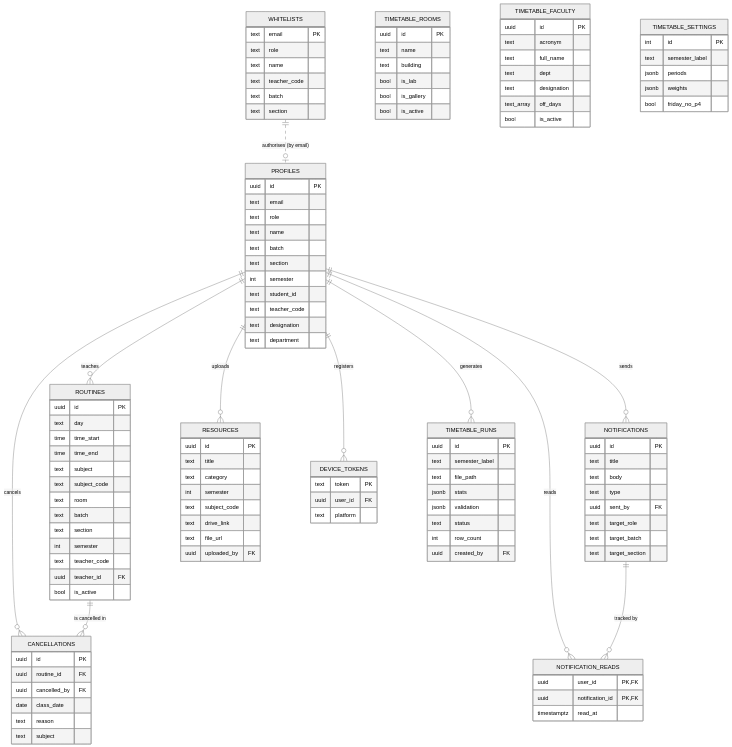
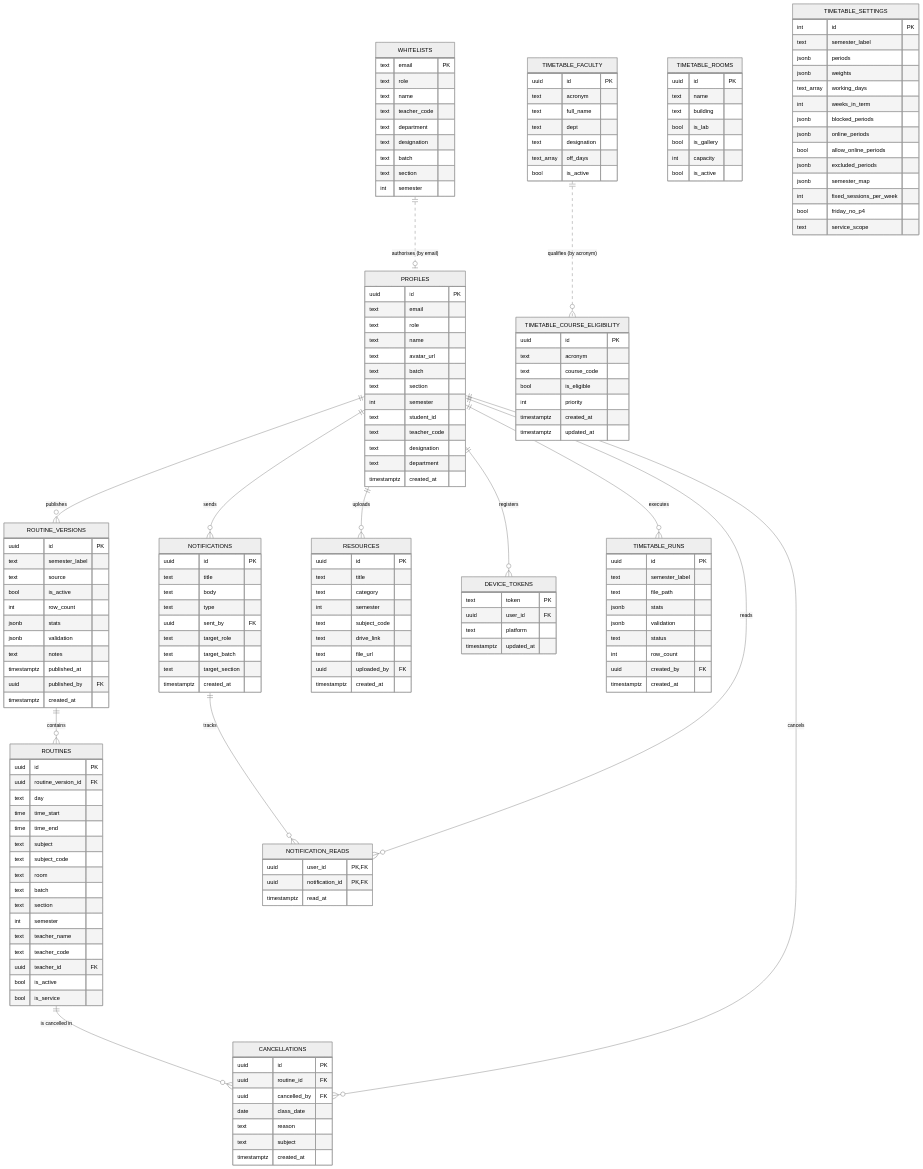
The diagram in docs/diagrams/01-er-diagram.md (FahmidAlam/UniVerse), drawn with Mermaid (neutral theme) before and after one commit. The commit also changed other lines of this file and 59 other files, not shown here.

````diff
--- a/docs/diagrams/01-er-diagram.md
+++ b/docs/diagrams/01-er-diagram.md
@@ -214,39 +214,63 @@
 ```mermaid
 erDiagram
-    PROFILES ||--o{ ROUTINES : "teaches"
+    PROFILES ||--o{ ROUTINE_VERSIONS : "publishes"
+    ROUTINE_VERSIONS ||--o{ ROUTINES : "contains"
+    ROUTINES ||--o{ CANCELLATIONS : "is cancelled in"
     PROFILES ||--o{ CANCELLATIONS : "cancels"
     PROFILES ||--o{ NOTIFICATIONS : "sends"
+    NOTIFICATIONS ||--o{ NOTIFICATION_READS : "tracks"
+    PROFILES ||--o{ NOTIFICATION_READS : "reads"
     PROFILES ||--o{ RESOURCES : "uploads"
     PROFILES ||--o{ DEVICE_TOKENS : "registers"
-    PROFILES ||--o{ TIMETABLE_RUNS : "generates"
-    PROFILES ||--o{ NOTIFICATION_READS : "reads"
-    ROUTINES ||--o{ CANCELLATIONS : "is cancelled in"
-    NOTIFICATIONS ||--o{ NOTIFICATION_READS : "tracked by"
+    PROFILES ||--o{ TIMETABLE_RUNS : "executes"
     WHITELISTS ||..o| PROFILES : "authorises (by email)"
+    TIMETABLE_FACULTY ||..o{ TIMETABLE_COURSE_ELIGIBILITY : "qualifies (by acronym)"
 
     PROFILES {
         uuid id PK
         text email
         text role
         text name
+        text avatar_url
         text batch
         text section
-        int  semester
+        int semester
         text student_id
         text teacher_code
         text designation
         text department
+        timestamptz created_at
     }
+
     WHITELISTS {
         text email PK
         text role
         text name
         text teacher_code
+        text department
+        text designation
         text batch
         text section
+        int semester
     }
+
+    ROUTINE_VERSIONS {
+        uuid id PK
+        text semester_label
+        text source
+        bool is_active
+        int row_count
+        jsonb stats
+        jsonb validation
+        text notes
+        timestamptz published_at
+        uuid published_by FK
+        timestamptz created_at
+    }
+
     ROUTINES {
         uuid id PK
+        uuid routine_version_id FK
         text day
         time time_start
         time time_end
@@ -255,11 +279,14 @@
         text room
         text batch
         text section
-        int  semester
+        int semester
+        text teacher_name
         text teacher_code
         uuid teacher_id FK
         bool is_active
+        bool is_service
     }
+
     CANCELLATIONS {
         uuid id PK
         uuid routine_id FK
@@ -267,7 +294,9 @@
         date class_date
         text reason
         text subject
+        timestamptz created_at
     }
+
     NOTIFICATIONS {
         uuid id PK
         text title
@@ -277,35 +306,44 @@
         text target_role
         text target_batch
         text target_section
+        timestamptz created_at
     }
+
     NOTIFICATION_READS {
         uuid user_id PK,FK
         uuid notification_id PK,FK
         timestamptz read_at
     }
+
     RESOURCES {
         uuid id PK
         text title
         text category
-        int  semester
+        int semester
         text subject_code
         text drive_link
         text file_url
         uuid uploaded_by FK
+        timestamptz created_at
     }
+
     DEVICE_TOKENS {
         text token PK
         uuid user_id FK
         text platform
+        timestamptz updated_at
     }
+
     TIMETABLE_ROOMS {
         uuid id PK
         text name
         text building
         bool is_lab
         bool is_gallery
+        int capacity
         bool is_active
     }
+
     TIMETABLE_FACULTY {
         uuid id PK
         text acronym
@@ -315,13 +353,24 @@
         text_array off_days
         bool is_active
     }
+
     TIMETABLE_SETTINGS {
-        int  id PK
+        int id PK
         text semester_label
         jsonb periods
         jsonb weights
+        text_array working_days
+        int weeks_in_term
+        jsonb blocked_periods
+        jsonb online_periods
+        bool allow_online_periods
+        jsonb excluded_periods
+        jsonb semester_map
+        int fixed_sessions_per_week
         bool friday_no_p4
+        text service_scope
     }
+
     TIMETABLE_RUNS {
         uuid id PK
         text semester_label
@@ -329,7 +378,18 @@
         jsonb stats
         jsonb validation
         text status
-        int  row_count
+        int row_count
         uuid created_by FK
+        timestamptz created_at
+    }
+
+    TIMETABLE_COURSE_ELIGIBILITY {
+        uuid id PK
+        text acronym
+        text course_code
+        bool is_eligible
+        int priority
+        timestamptz created_at
+        timestamptz updated_at
     }
 ```
````
